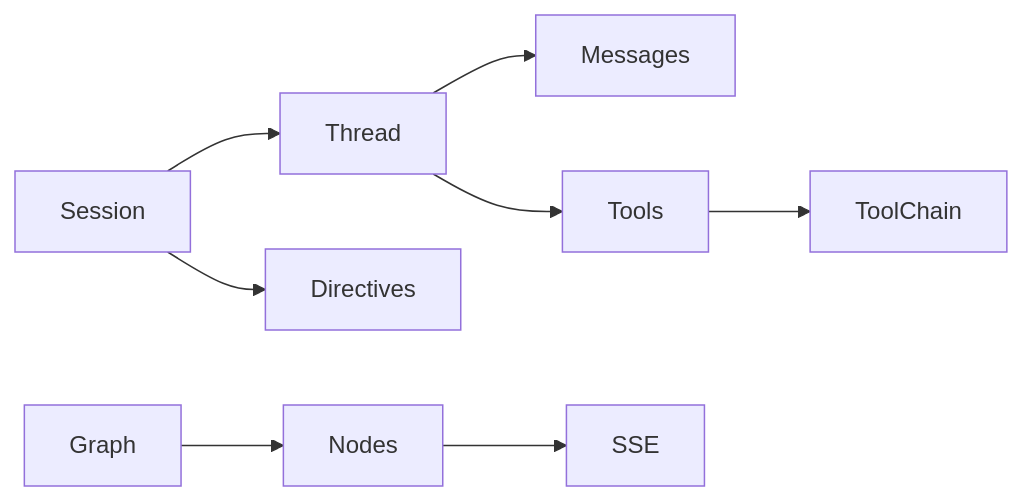
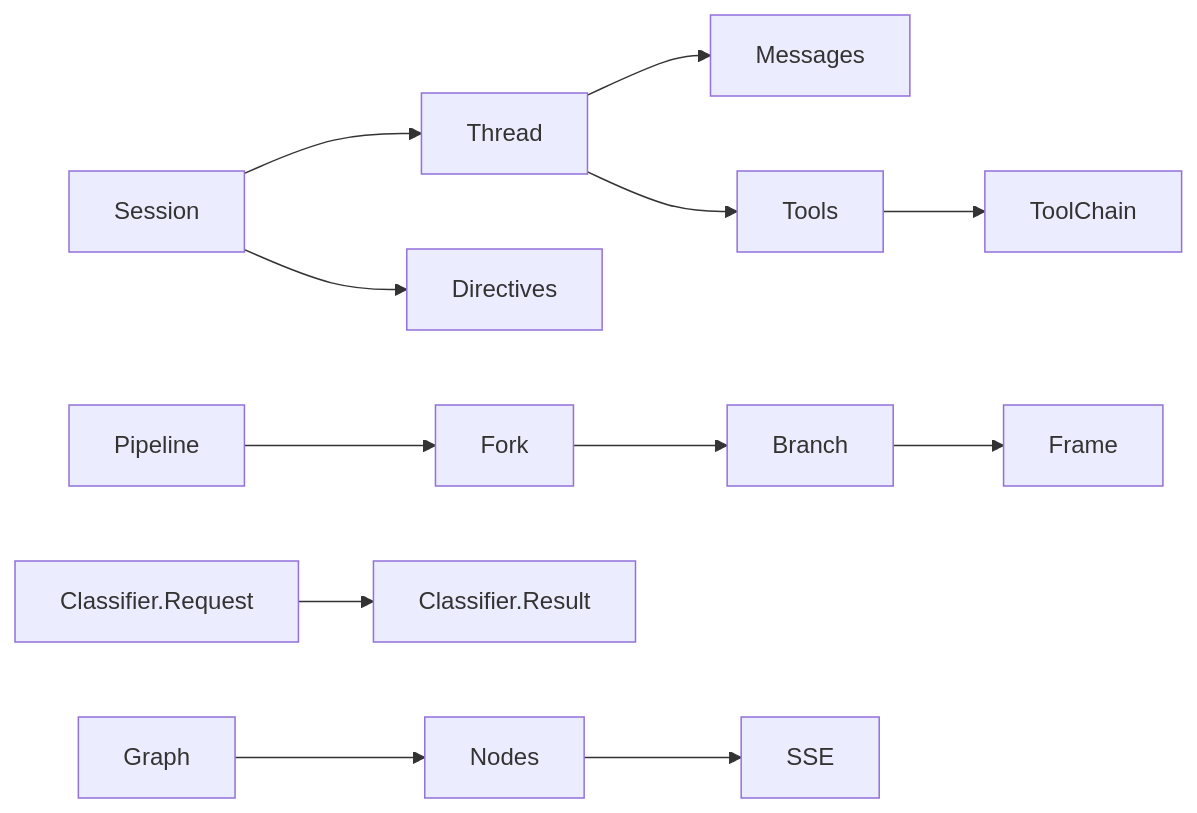
The diagram in docs/PROJ-SCHEMA.summary.md (noizu-labs-ml/genai-core), drawn with Mermaid before and after one commit. The commit also changed other lines of this file and 9 other files, not shown here.

First line of the commit message:
docs: doc-sweep 2026-10-26 (layout/arch/schema/threat-model)

````diff
--- a/docs/PROJ-SCHEMA.summary.md
+++ b/docs/PROJ-SCHEMA.summary.md
@@ -18,7 +20,9 @@
 ```mermaid
 graph LR
     Session --> Thread --> Messages & Tools
     Session --> Directives
+    Pipeline --> Fork --> Branch --> Frame
+    Classifier.Request --> Classifier.Result
     Graph --> Nodes --> SSE
     Tools --> ToolChain
 ```
````
